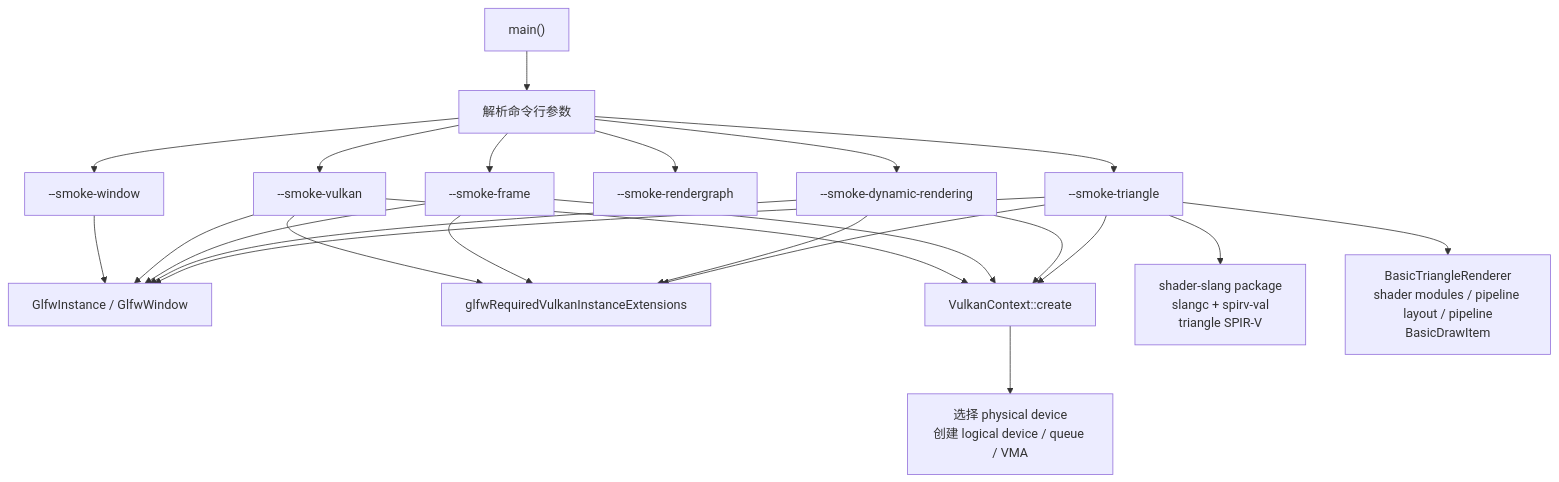
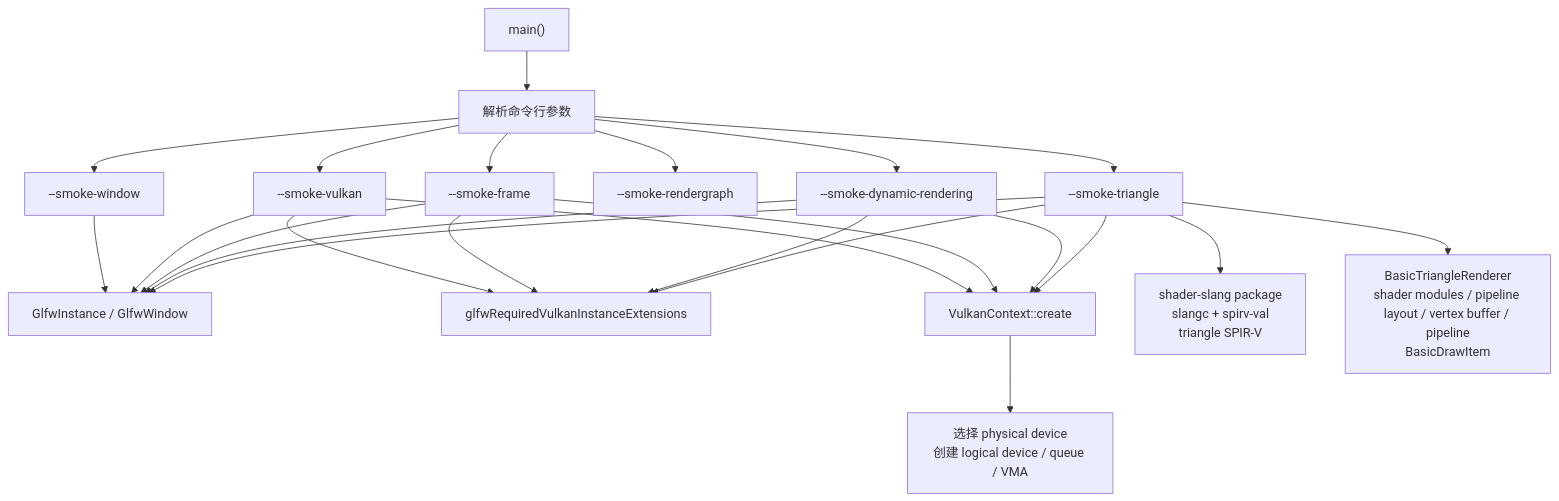
One commit to 66six11/Engine changed the second of 9 diagrams in docs/flow-architecture.md. Above: the diagram before and after it, drawn with Mermaid. The commit also changed other lines of this file and 12 other files, not shown here.

Commit message:
Render triangle from vertex buffer

````diff
--- a/docs/flow-architecture.md
+++ b/docs/flow-architecture.md
@@ -58,41 +58,41 @@
 ```mermaid
 flowchart TD
     Start["main()"]
     Args["解析命令行参数"]
     WindowSmoke["--smoke-window"]
     VulkanSmoke["--smoke-vulkan"]
     FrameSmoke["--smoke-frame"]
     RGSmoke["--smoke-rendergraph"]
     DynamicSmoke["--smoke-dynamic-rendering"]
     TriangleSmoke["--smoke-triangle"]
     GLFW["GlfwInstance / GlfwWindow"]
     Ext["glfwRequiredVulkanInstanceExtensions"]
     Context["VulkanContext::create"]
     Device["选择 physical device<br/>创建 logical device / queue / VMA"]
     ShaderBuild["shader-slang package<br/>slangc + spirv-val<br/>triangle SPIR-V"]
-    RendererObject["BasicTriangleRenderer<br/>shader modules / pipeline layout / pipeline<br/>BasicDrawItem"]
+    RendererObject["BasicTriangleRenderer<br/>shader modules / pipeline layout / vertex buffer / pipeline<br/>BasicDrawItem"]
 
     Start --> Args
     Args --> WindowSmoke
     Args --> VulkanSmoke
     Args --> FrameSmoke
     Args --> RGSmoke
     Args --> DynamicSmoke
     Args --> TriangleSmoke
     WindowSmoke --> GLFW
     VulkanSmoke --> GLFW
     VulkanSmoke --> Ext
     VulkanSmoke --> Context
     FrameSmoke --> GLFW
     FrameSmoke --> Ext
     FrameSmoke --> Context
     DynamicSmoke --> GLFW
     DynamicSmoke --> Ext
     DynamicSmoke --> Context
     TriangleSmoke --> GLFW
     TriangleSmoke --> Ext
     TriangleSmoke --> Context
     TriangleSmoke --> ShaderBuild
     TriangleSmoke --> RendererObject
     Context --> Device
 ```
````
